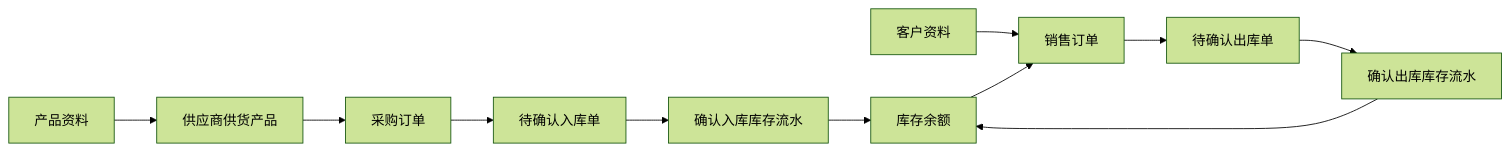
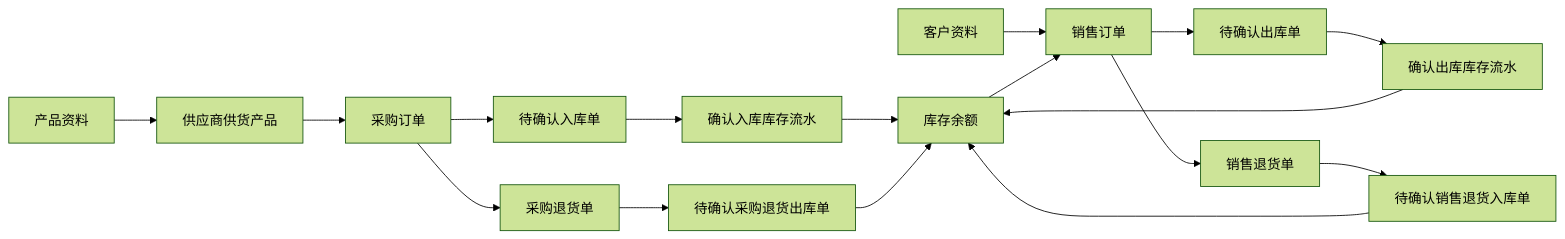
The diagram in docs/project-introduction.md (LI-S-H/qiheng-erp), drawn with Mermaid (forest theme) before and after one commit. The commit also changed other lines of this file and 21 other files, not shown here.

````diff
--- a/docs/project-introduction.md
+++ b/docs/project-introduction.md
@@ -91,13 +93,19 @@
 ```mermaid
 flowchart LR
     P["产品资料"] --> S["供应商供货产品"]
     S --> PO["采购订单"]
     PO --> IN["待确认入库单"]
     IN --> FLOW_IN["确认入库库存流水"]
     FLOW_IN --> ST["库存余额"]
     C["客户资料"] --> SO["销售订单"]
     ST --> SO
     SO --> OUT["待确认出库单"]
     OUT --> FLOW_OUT["确认出库库存流水"]
     FLOW_OUT --> ST
+    PO --> PR["采购退货单"]
+    PR --> PR_OUT["待确认采购退货出库单"]
+    PR_OUT --> ST
+    SO --> SR["销售退货单"]
+    SR --> SR_IN["待确认销售退货入库单"]
+    SR_IN --> ST
 ```
````
